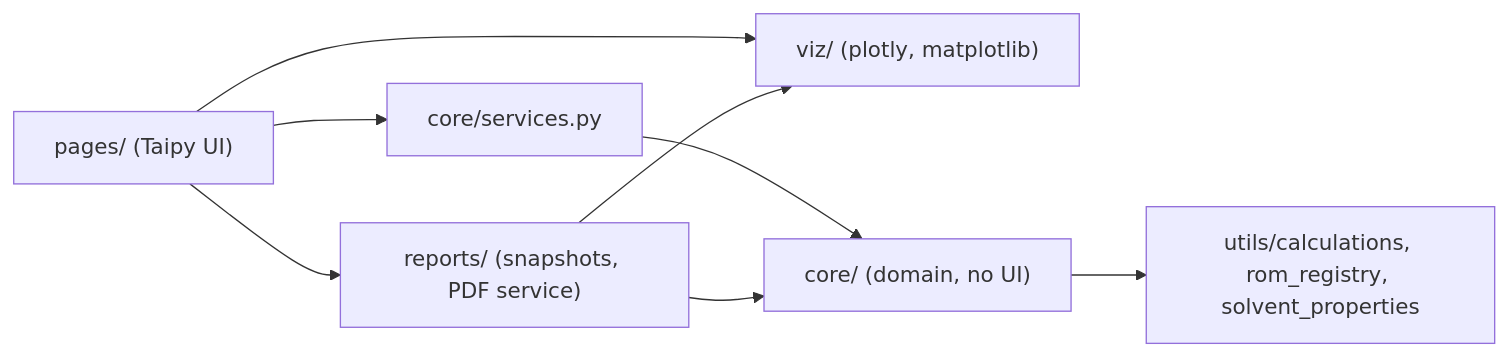
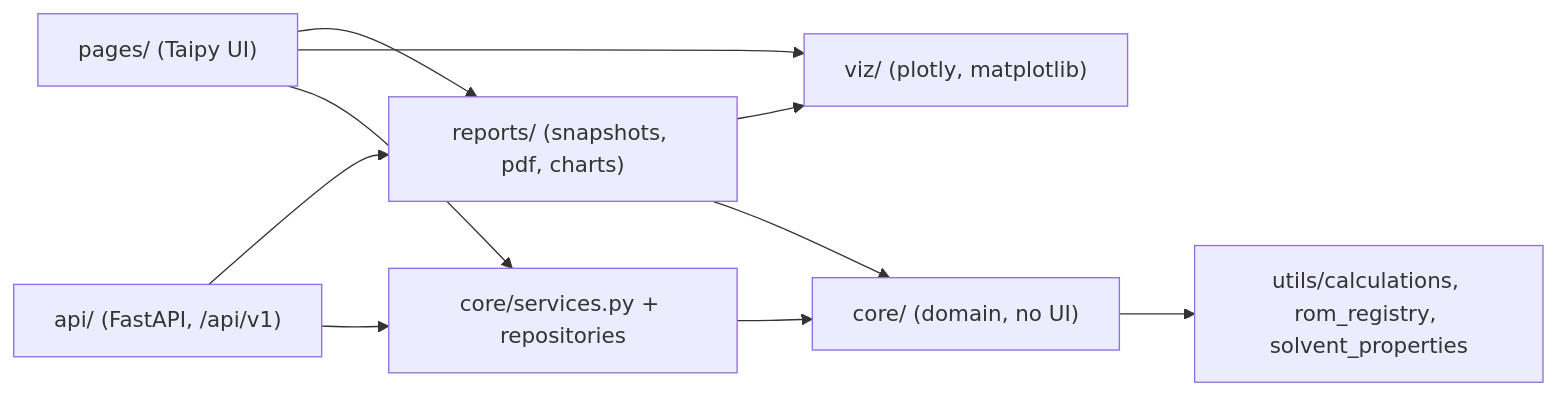
One commit to mbradfield-tk/mixing_lab_v2 changed the first of 2 diagrams in docs/README_react_migration_plan.md. Above: the diagram before and after it, drawn with Mermaid. The commit also changed other lines of this file and 51 other files, not shown here.

Commit message:
(mb) added FastAPI which now runs alognside Taipy app

````diff
--- a/docs/README_react_migration_plan.md
+++ b/docs/README_react_migration_plan.md
@@ -7,10 +7,12 @@
 ```mermaid
 flowchart LR
-    pages["pages/ (Taipy UI)"] --> services["core/services.py"]
+    pages["pages/ (Taipy UI)"] --> services["core/services.py + repositories"]
+    api["api/ (FastAPI, /api/v1)"] --> services
+    api --> reports
     pages --> viz["viz/ (plotly, matplotlib)"]
-    pages --> reports["reports/ (snapshots, PDF service)"]
+    pages --> reports["reports/ (snapshots, pdf, charts)"]
     services --> core["core/ (domain, no UI)"]
     reports --> core
     reports --> viz
     core --> engine["utils/calculations, rom_registry, solvent_properties"]
 ```
````
